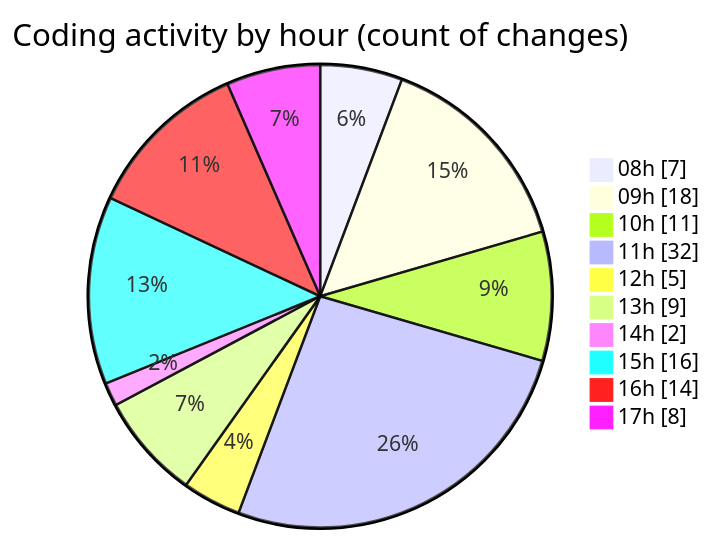
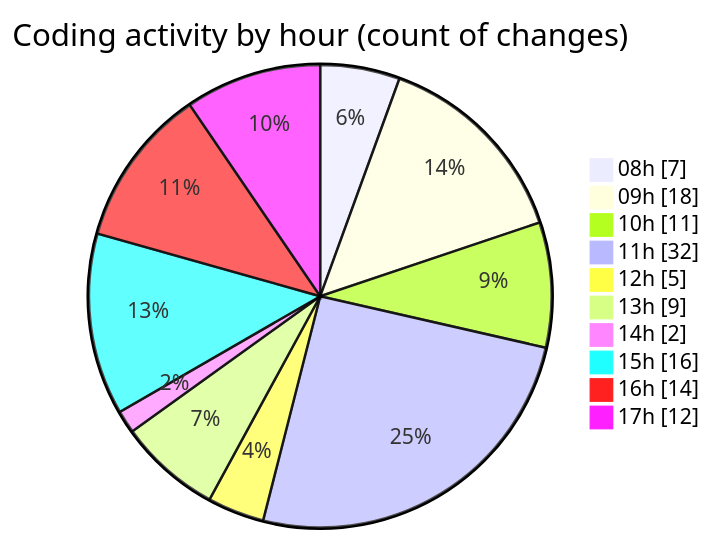
The second of 2 diagrams in 2025-11-11/cda/README.md (momahboobian/code-tracking), drawn with Mermaid before and after one commit. The commit also changed other lines of this file and 1 other file, not shown here.

````diff
--- a/2025-11-11/cda/README.md
+++ b/2025-11-11/cda/README.md
@@ -53,14 +54,14 @@
 ```mermaid
 pie showData
 title Coding activity by hour (count of changes)
 "08h" : 7
 "09h" : 18
 "10h" : 11
 "11h" : 32
 "12h" : 5
 "13h" : 9
 "14h" : 2
 "15h" : 16
 "16h" : 14
-"17h" : 8
+"17h" : 12
 ```
````
